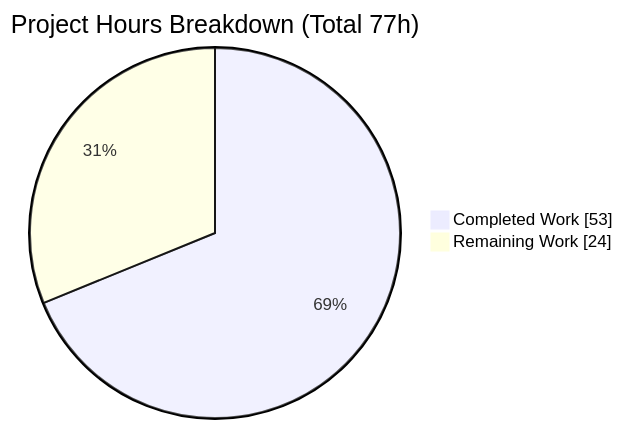
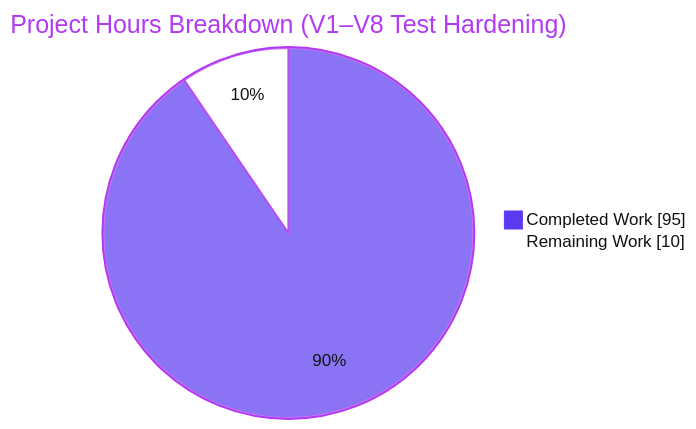
The second of 4 diagrams in blitzy/documentation/Project Guide.md (blitzy-public-samples/blitzy-kubernetes), drawn with Mermaid before and after one commit. The commit also changed other lines of this file, not shown here.

Commit message:
Adding Blitzy Project Guide: Project Status and Human Tasks Remaining

````diff
--- a/blitzy/documentation/Project Guide.md
+++ b/blitzy/documentation/Project Guide.md
@@ -199,5 +208,6 @@
 ```mermaid
-pie showData title Project Hours Breakdown (Total 77h)
-    "Completed Work" : 53
-    "Remaining Work" : 24
+%%{init: {'theme':'base','themeVariables':{'pie1':'#5B39F3','pie2':'#FFFFFF','pieStrokeColor':'#B23AF2','pieOuterStrokeColor':'#B23AF2','pieStrokeWidth':'2px','pieTitleTextColor':'#B23AF2','pieSectionTextColor':'#111111','pieLegendTextColor':'#111111'}}}%%
+pie showData title Project Hours Breakdown (V1–V8 Test Hardening)
+    "Completed Work" : 95
+    "Remaining Work" : 10
 ```
````
